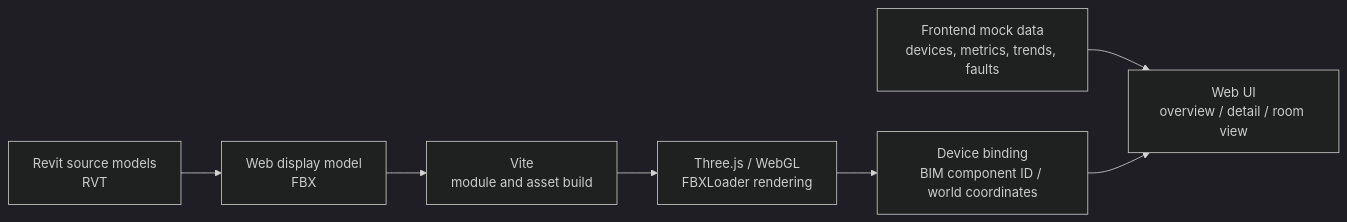
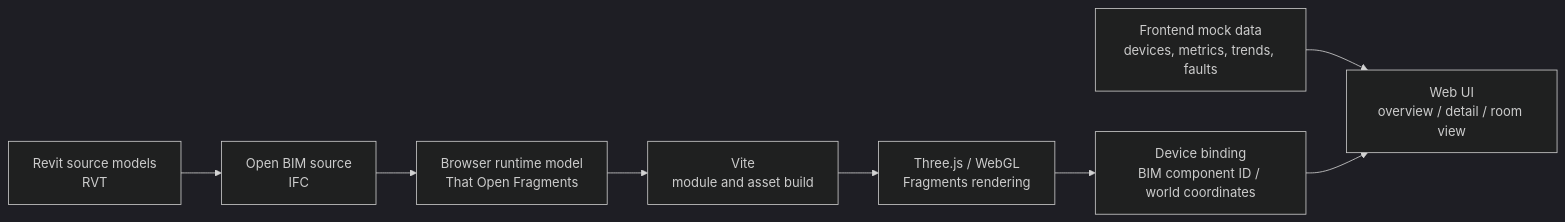
One commit to LYUml/ZB202_DT changed the first of 2 diagrams in README.en.md. Above: the diagram before and after it, drawn with Mermaid (dark theme). The commit also changed other lines of this file and 19 other files, not shown here.

Commit message:
fbx -> ifc

````diff
--- a/README.en.md
+++ b/README.en.md
@@ -13,9 +13,10 @@
 ```mermaid
 flowchart LR
-  RVT["Revit source models<br/>RVT"] --> FBX["Web display model<br/>FBX"]
-  FBX --> VITE["Vite<br/>module and asset build"]
-  VITE --> THREE["Three.js / WebGL<br/>FBXLoader rendering"]
+  RVT["Revit source models<br/>RVT"] --> IFC["Open BIM source<br/>IFC"]
+  IFC --> FRAG["Browser runtime model<br/>That Open Fragments"]
+  FRAG --> VITE["Vite<br/>module and asset build"]
+  VITE --> THREE["Three.js / WebGL<br/>Fragments rendering"]
   MOCK["Frontend mock data<br/>devices, metrics, trends, faults"] --> UI["Web UI<br/>overview / detail / room view"]
   THREE --> BIND["Device binding<br/>BIM component ID / world coordinates"]
   BIND --> UI
 ```
````
